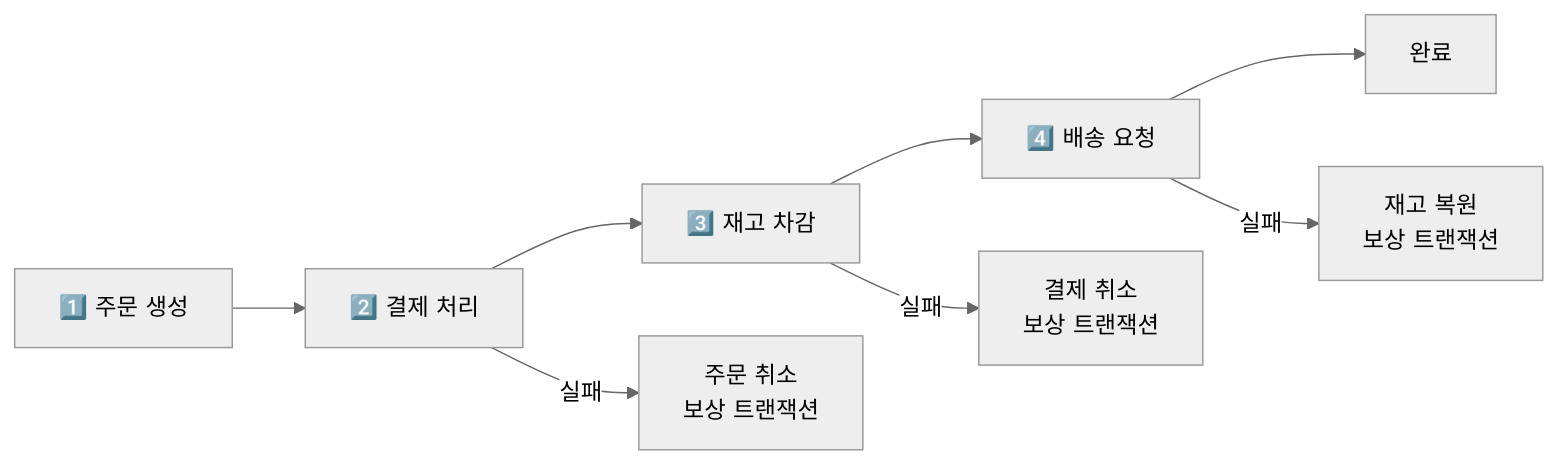
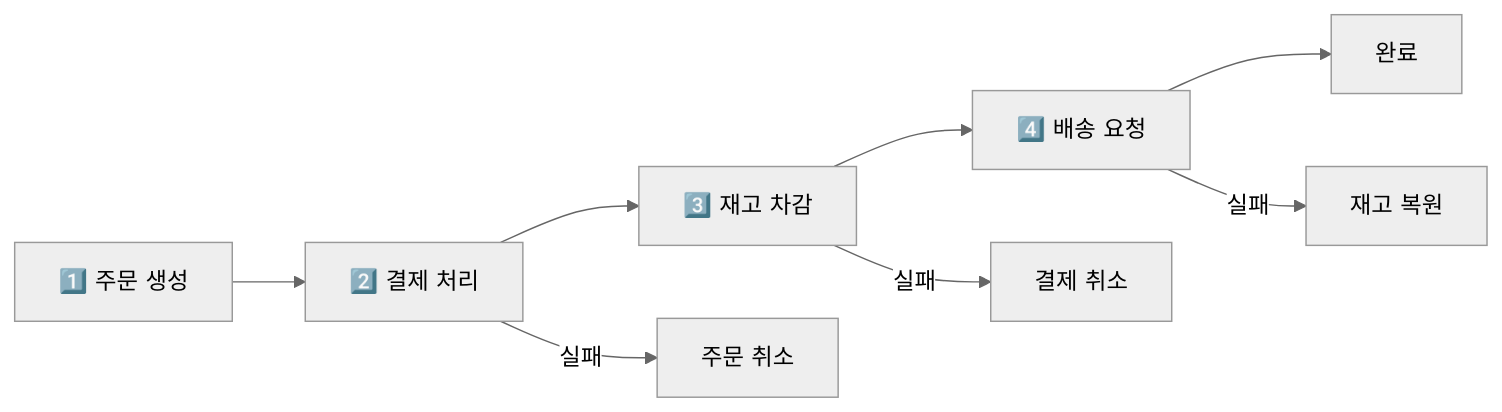
Before and after one commit to yjkim2015/yjkim2015.github.io: the fifth of 14 diagrams in _posts/architecture/2026-05-02-distributed-transaction-deep.md, drawn with Mermaid (neutral theme). The commit also changed other lines of this file and 217 other files, not shown here.

First line of the commit message:
Mermaid 크기 수정: useMaxWidth:true + SVG max-width:100% + 라벨 축소

````diff
--- a/_posts/architecture/2026-05-02-distributed-transaction-deep.md
+++ b/_posts/architecture/2026-05-02-distributed-transaction-deep.md
@@ -107,10 +107,10 @@
 ```mermaid
 graph LR
     T1["1️⃣ 주문 생성"] --> T2["2️⃣ 결제 처리"]
     T2 --> T3["3️⃣ 재고 차감"]
     T3 --> T4["4️⃣ 배송 요청"]
     T4 --> T5["완료"]
-    T4 -->|"실패"| C3["재고 복원\n보상 트랜잭션"]
-    T3 -->|"실패"| C2["결제 취소\n보상 트랜잭션"]
-    T2 -->|"실패"| C1["주문 취소\n보상 트랜잭션"]
+    T4 -->|"실패"| C3["재고 복원"]
+    T3 -->|"실패"| C2["결제 취소"]
+    T2 -->|"실패"| C1["주문 취소"]
 ```
````
